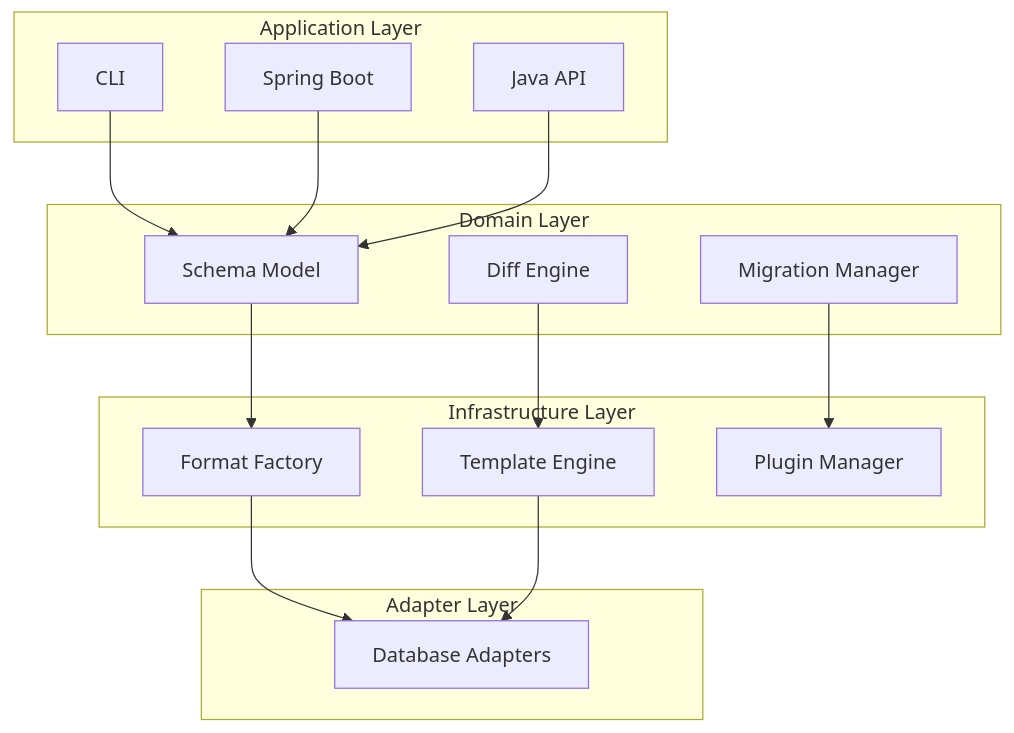
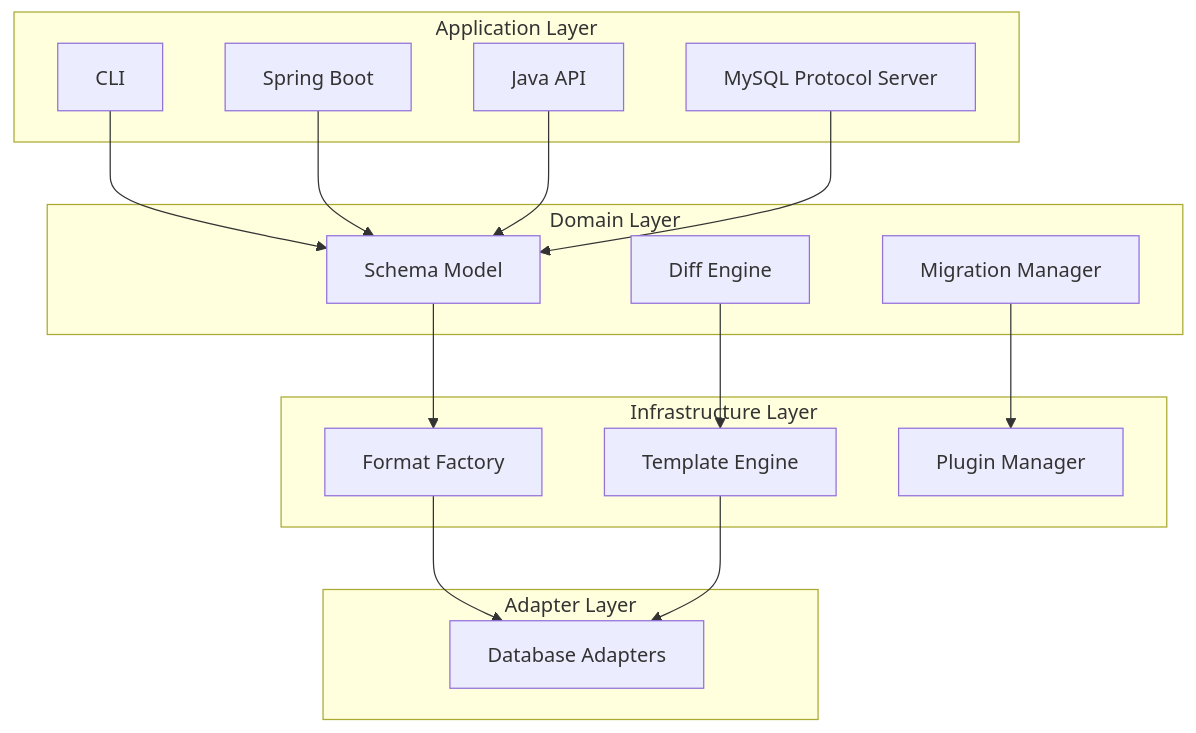
The diagram in docs/en/guide/design-philosophy.md (windli2018/justdb-docs-internal), drawn with Mermaid before and after one commit. The commit also changed 147 other files, not shown here.

````diff
--- a/docs/en/guide/design-philosophy.md
+++ b/docs/en/guide/design-philosophy.md
@@ -257,33 +257,35 @@
 ```mermaid
 graph TB
     subgraph "Application Layer"
         A1[CLI]
         A2[Spring Boot]
         A3[Java API]
+        A4[MySQL Protocol Server]
     end
 
     subgraph "Domain Layer"
         B1[Schema Model]
         B2[Diff Engine]
         B3[Migration Manager]
     end
 
     subgraph "Infrastructure Layer"
         C1[Format Factory]
         C2[Template Engine]
         C3[Plugin Manager]
     end
 
     subgraph "Adapter Layer"
         D1[Database Adapters]
     end
 
     A1 --> B1
     A2 --> B1
     A3 --> B1
+    A4 --> B1
     B1 --> C1
     B2 --> C2
     B3 --> C3
     C1 --> D1
     C2 --> D1
 ```
````
